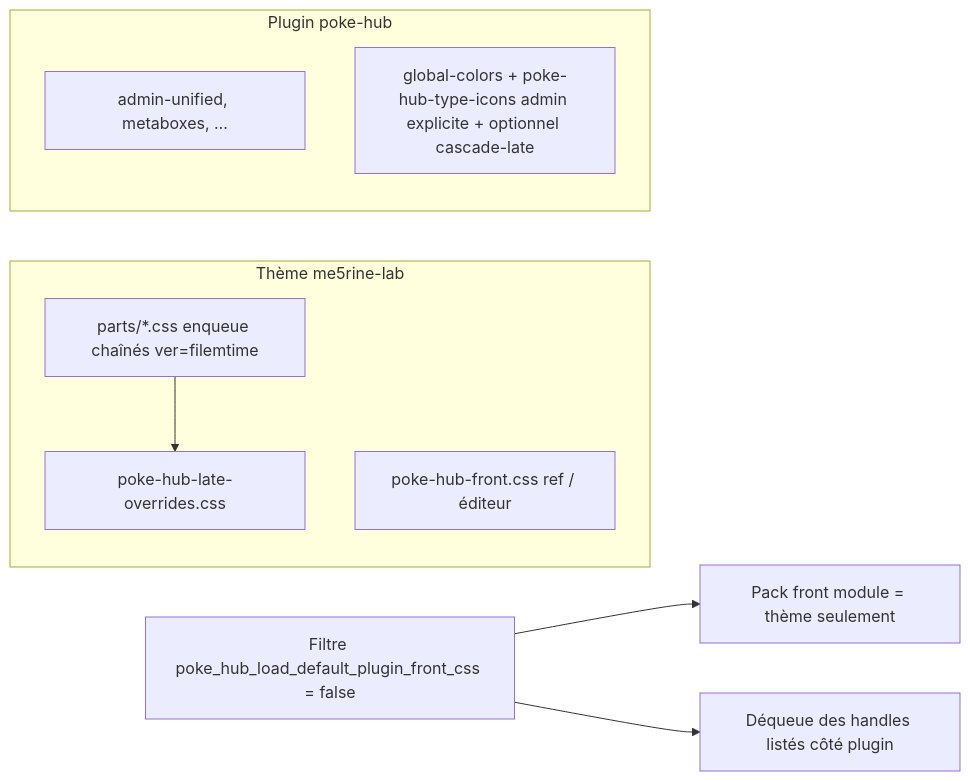
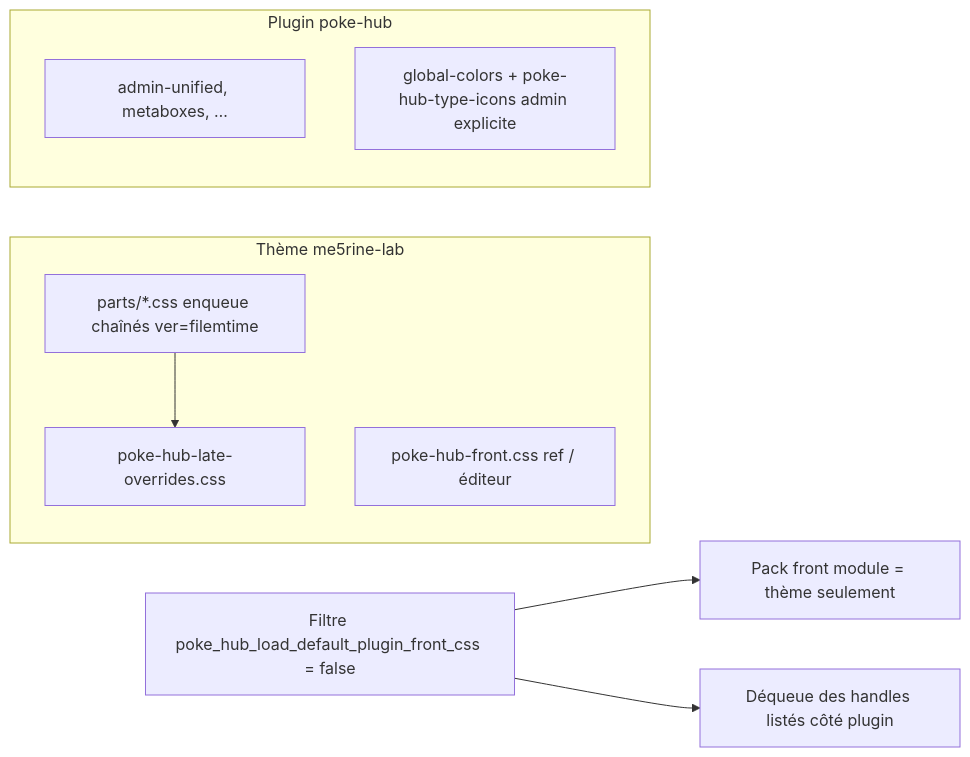
Before and after one commit to Me5rine/poke-hub: the diagram in docs/THEME_FRONT_CSS.md, drawn with Mermaid. The commit also changed other lines of this file and 45 other files, not shown here.

````diff
--- a/docs/THEME_FRONT_CSS.md
+++ b/docs/THEME_FRONT_CSS.md
@@ -19,14 +19,14 @@
 ```mermaid
 flowchart LR
   subgraph theme["Thème me5rine-lab"]
     A[parts/*.css enqueue chaînés ver=filemtime]
     A --> B[poke-hub-late-overrides.css]
     C[poke-hub-front.css ref / éditeur]
   end
   subgraph plugin["Plugin poke-hub"]
     E[admin-unified, metaboxes, …]
-    F[global-colors + poke-hub-type-icons admin explicite + optionnel cascade-late]
+    F[global-colors + poke-hub-type-icons admin explicite]
   end
   G["Filtre poke_hub_load_default_plugin_front_css = false"] --> H["Pack front module = thème seulement"]
   G --> I["Déqueue des handles listés côté plugin"]
 ```
````
